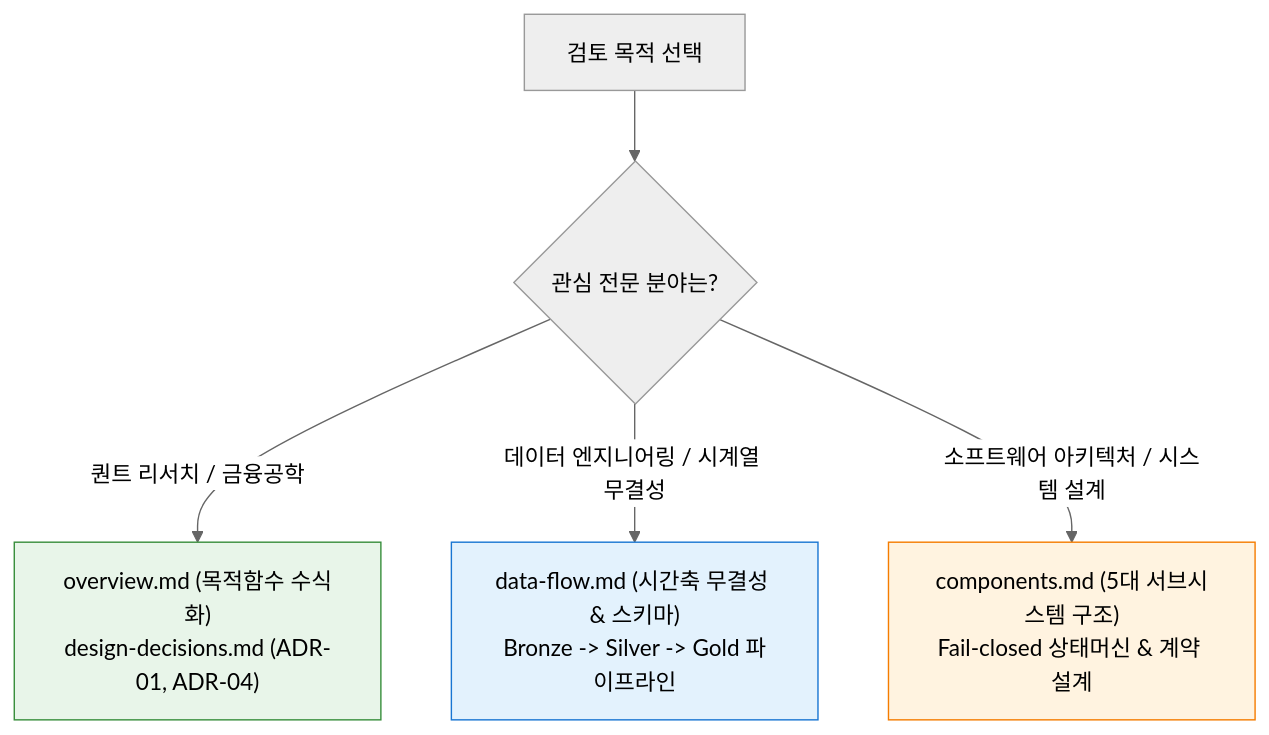
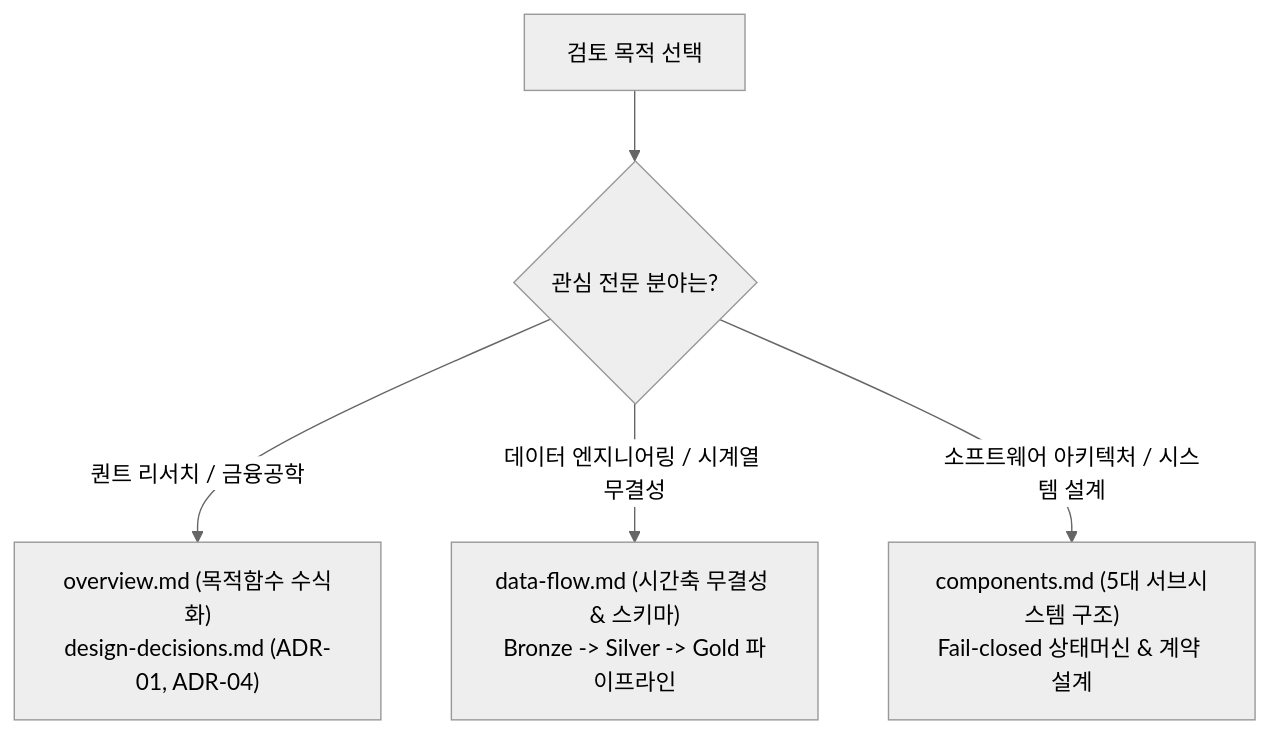
The second of 2 diagrams in docs/architecture/README.md (KTHYEONG/mt-etf-king-2026), drawn with Mermaid (neutral theme) before and after one commit. The commit also changed other lines of this file and 4 other files, not shown here.

First line of the commit message:
docs: 다이어그램 내 시인성 저해 인라인 스타일 제거

````diff
--- a/docs/architecture/README.md
+++ b/docs/architecture/README.md
@@ -57,11 +52,7 @@
 ```mermaid
 flowchart TD
     Start["검토 목적 선택"] --> Q1{"관심 전문 분야는?"}
     Q1 -->|"퀀트 리서치 / 금융공학"| M1["overview.md (목적함수 수식화)\ndesign-decisions.md (ADR-01, ADR-04)"]
     Q1 -->|"데이터 엔지니어링 / 시계열 무결성"| M2["data-flow.md (시간축 무결성 & 스키마)\nBronze -> Silver -> Gold 파이프라인"]
     Q1 -->|"소프트웨어 아키텍처 / 시스템 설계"| M3["components.md (5대 서브시스템 구조)\nFail-closed 상태머신 & 계약 설계"]
-
-    style M1 fill:#e8f5e9,stroke:#388e3c,stroke-width:1px
-    style M2 fill:#e3f2fd,stroke:#1976d2,stroke-width:1px
-    style M3 fill:#fff3e0,stroke:#f57c00,stroke-width:1px
 ```
````
